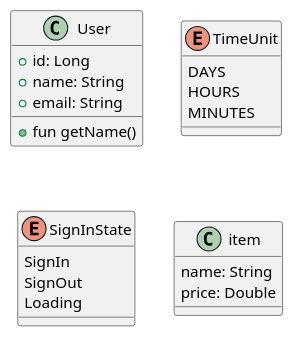
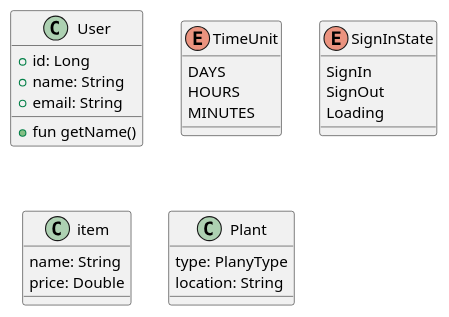
Before and after one commit to gangnam2-sesac-team3/collaborative-practice: the diagram in test.puml, drawn with PlantUML.

Commit message:
Feat: Plant model 생성

```diff
--- a/test.puml
+++ b/test.puml
@@ -1,27 +1,33 @@
 @startuml
 'https://plantuml.com/class-diagram
 
 class User {
     + id: Long
     + name: String
     + email: String
     + fun getName()
 }
 
 enum TimeUnit {
 DAYS
 HOURS
 MINUTES
 }
 
 enum SignInState {
     SignIn
     SignOut
     Loading
 }
 
 class item {
     name: String
     price: Double
 }
+
+class Plant {
+    type: PlanyType
+    location: String
+}
+
 @enduml
```
